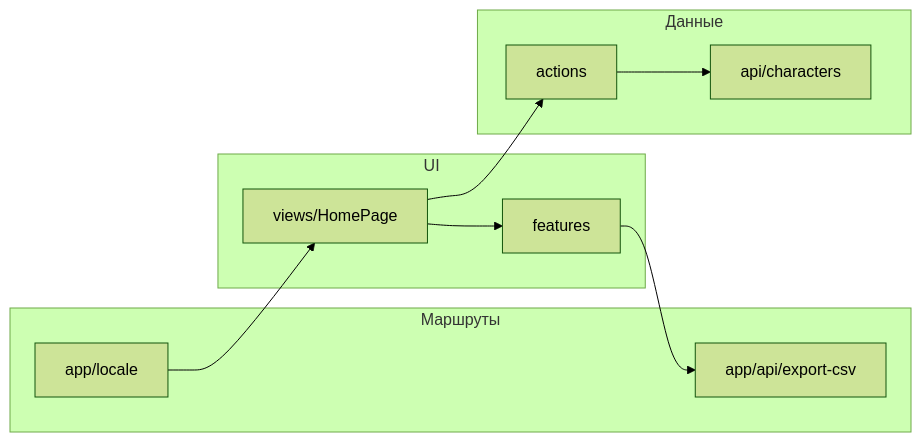
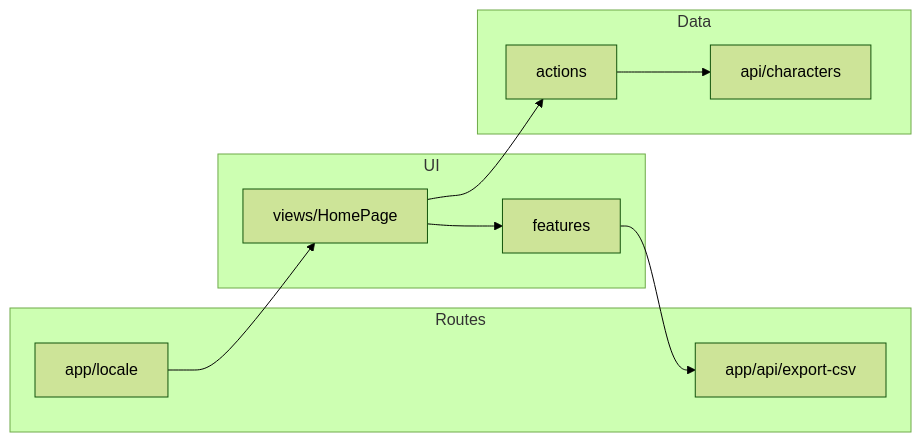
One commit to theFoxTale/hogwarts-archive changed the second of 2 diagrams in README.md. Above: the diagram before and after it, drawn with Mermaid (forest theme). The commit also changed other lines of this file and 1 other file, not shown here.

````diff
--- a/README.md
+++ b/README.md
@@ -104,20 +106,20 @@
 ```mermaid
 flowchart LR
-  subgraph routes [Маршруты]
+  subgraph routes [Routes]
     appLocale["app/locale"]
     appApi["app/api/export-csv"]
   end
   subgraph ui [UI]
     homePage["views/HomePage"]
     features["features"]
   end
-  subgraph data [Данные]
+  subgraph data [Data]
     actions["actions"]
     apiChars["api/characters"]
   end
   appLocale --> homePage
   homePage --> features
   homePage --> actions
   actions --> apiChars
   features --> appApi
 ```
````
